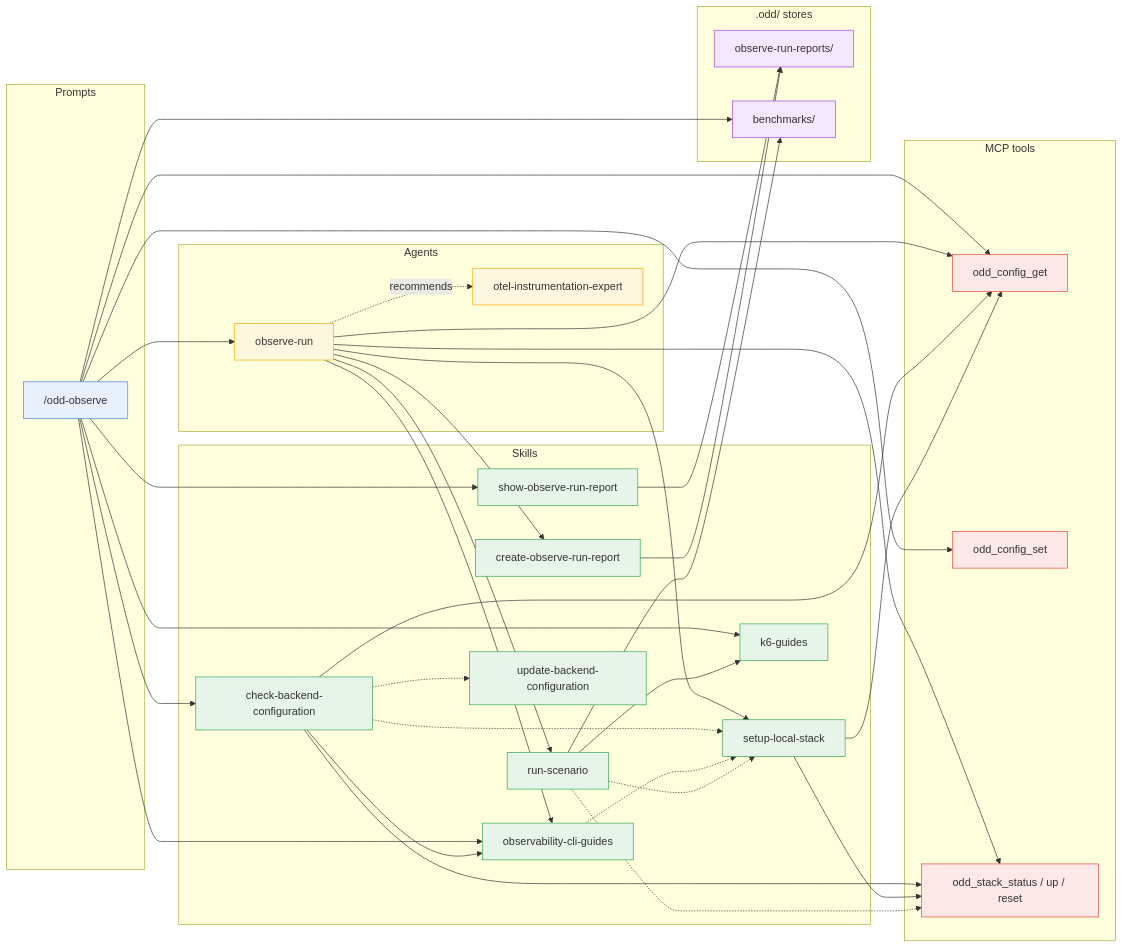
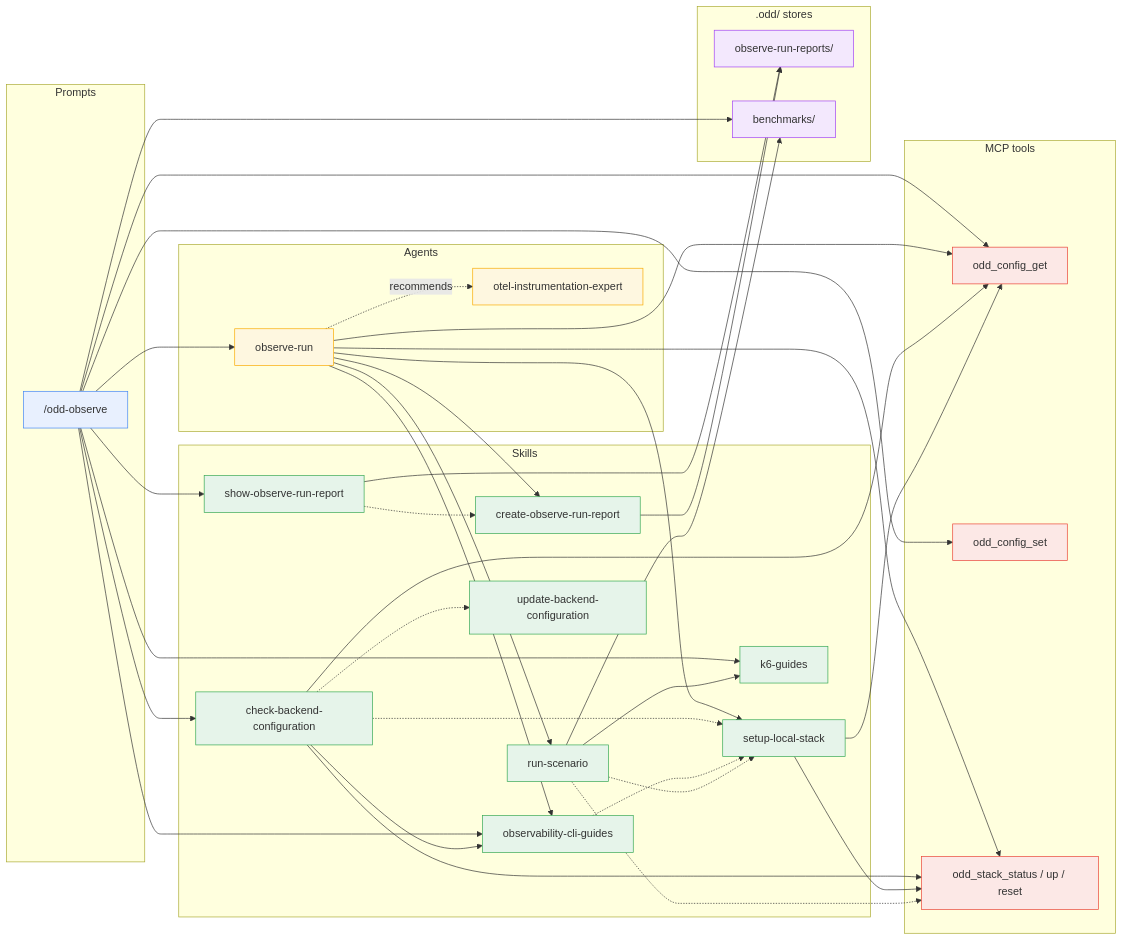
The third of 7 diagrams in docs/guide/dependencies.md (using-system/oddyssey), drawn with Mermaid before and after one commit. The commit also changed other lines of this file and 9 other files, not shown here.

````diff
--- a/docs/guide/dependencies.md
+++ b/docs/guide/dependencies.md
@@ -169,77 +169,78 @@
 ```mermaid
 flowchart LR
   subgraph Prompts
     observe["/odd-observe"]
   end
 
   subgraph Agents
     runner[observe-run]
     expert[otel-instrumentation-expert]
   end
 
   subgraph Skills
     cbc[check-backend-configuration]
     ocg[observability-cli-guides]
     sls[setup-local-stack]
     rs[run-scenario]
     kg[k6-guides]
     corr[create-observe-run-report]
     sorr[show-observe-run-report]
     ubc[update-backend-configuration]
   end
 
   subgraph MCP["MCP tools"]
     cfgget[odd_config_get]
     cfgset[odd_config_set]
     stack[odd_stack_status / up / reset]
   end
 
   subgraph Stores[".odd/ stores"]
     obsdir[observe-run-reports/]
     benchdir[benchmarks/]
   end
 
   observe --> runner
   observe --> cbc
   observe --> sorr
   observe --> cfgget
   observe --> cfgset
   observe --> kg
   observe --> ocg
   observe --> benchdir
+  sorr -.-> corr
   sorr --> obsdir
 
   runner --> ocg
   runner --> sls
   runner --> rs
   runner --> corr
   runner --> cfgget
   runner --> stack
   runner -. recommends .-> expert
 
   cbc -.-> sls
   cbc -.-> ubc
   cbc --> ocg
   cbc --> cfgget
   cbc --> stack
   ocg -.-> sls
   sls --> cfgget
   sls --> stack
   rs -.-> stack
   rs -.-> sls
   rs --> kg
   rs --> benchdir
 
   corr --> obsdir
 
   classDef prompt fill:#e8f0fe,stroke:#4285f4
   classDef agent fill:#fef7e0,stroke:#f9ab00
   classDef skill fill:#e6f4ea,stroke:#34a853
   classDef mcp fill:#fce8e6,stroke:#ea4335
   classDef store fill:#f3e8fd,stroke:#a142f4
   class observe prompt
   class runner,expert agent
   class cbc,ocg,sls,rs,kg,corr,sorr,ubc skill
   class cfgget,cfgset,stack mcp
   class obsdir,benchdir store
 ```
````
